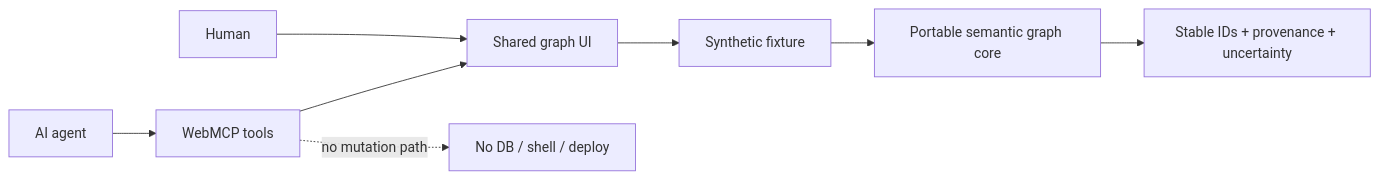
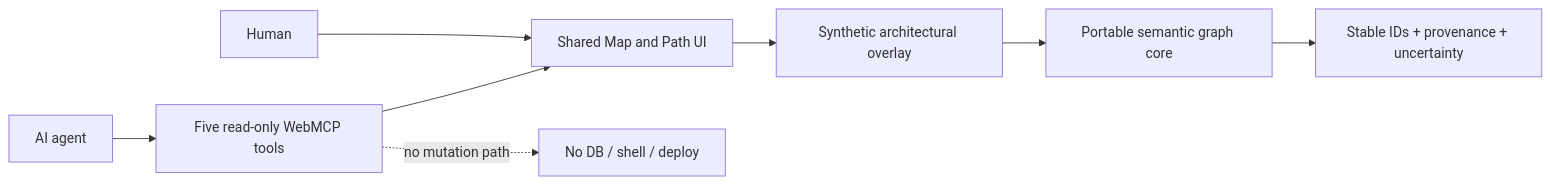
The diagram in README.md (ZIVE01/dsh-project-atlas), drawn with Mermaid before and after one commit. The commit also changed other lines of this file and 10 other files, not shown here.

````diff
--- a/README.md
+++ b/README.md
@@ -64,10 +129,10 @@
 ```mermaid
 flowchart LR
-  H[Human] --> UI[Shared graph UI]
-  A[AI agent] --> WM[WebMCP tools]
+  H[Human] --> UI[Shared Map and Path UI]
+  A[AI agent] --> WM[Five read-only WebMCP tools]
   WM --> UI
-  UI --> FX[Synthetic fixture]
+  UI --> FX[Synthetic architectural overlay]
   FX --> CORE[Portable semantic graph core]
   CORE --> E[Stable IDs + provenance + uncertainty]
   WM -. no mutation path .-> X[No DB / shell / deploy]
 ```
````
